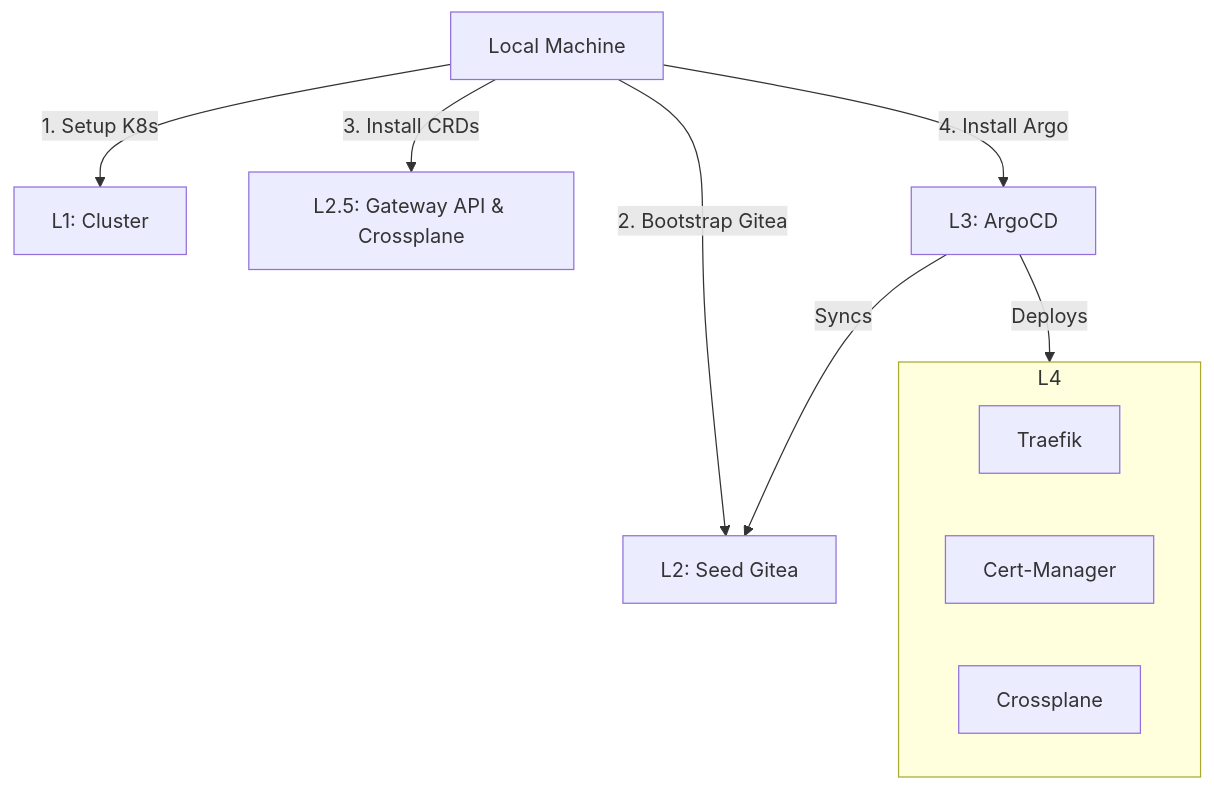
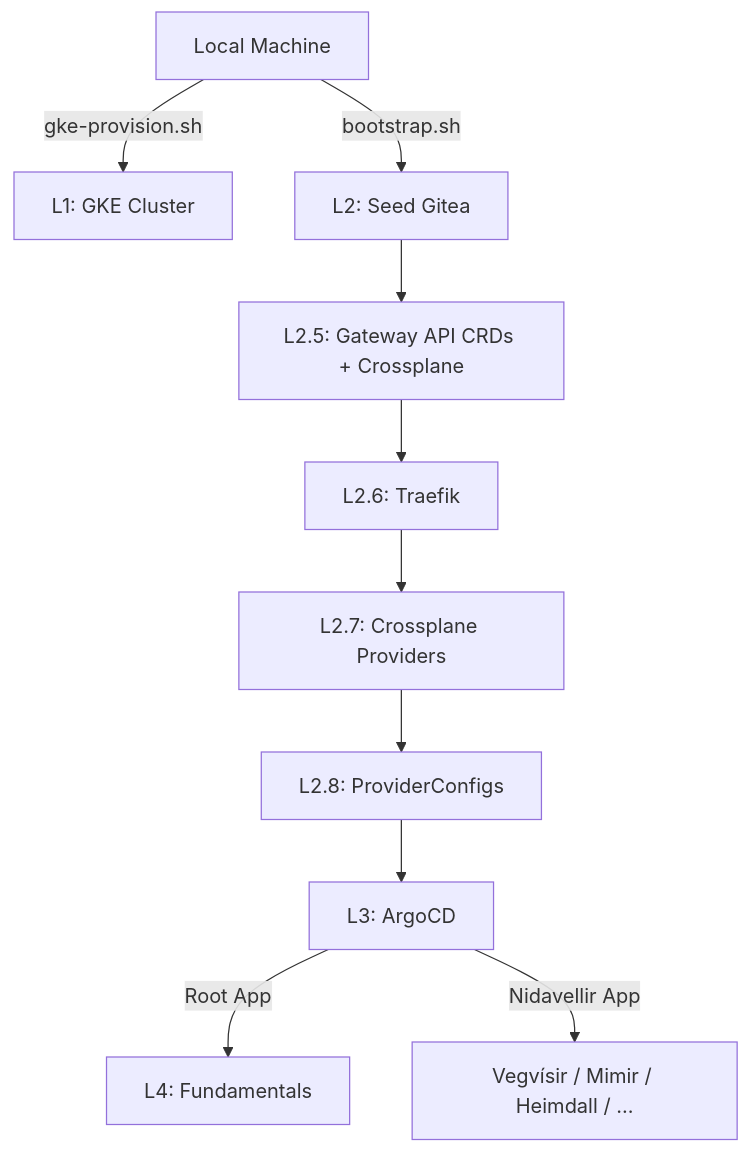
One commit to SiliconSaga/nordri changed the first of 2 diagrams in docs/bootstrap.md. Above: the diagram before and after it, drawn with Mermaid. The commit also changed other lines of this file and 1 other file, not shown here.

````diff
--- a/docs/bootstrap.md
+++ b/docs/bootstrap.md
@@ -55,17 +96,12 @@
 ```mermaid
 graph TD
-    Local[Local Machine] -->|1. Setup K8s| L1[L1: Cluster]
-    Local -->|2. Bootstrap Gitea| L2[L2: Seed Gitea]
-    Local -->|3. Install CRDs| L2.5[L2.5: Gateway API & Crossplane]
-    Local -->|4. Install Argo| L3[L3: ArgoCD]
-    
-    L3 -->|Syncs| L2
-    
-    L3 -->|Deploys| L4[L4: Fundamentals]
-    
-    subgraph L4
-        Traefik
-        CertMgr[Cert-Manager]
-        Crossplane
-    end
+    Local[Local Machine] -->|gke-provision.sh| L1[L1: GKE Cluster]
+    Local -->|bootstrap.sh| L2[L2: Seed Gitea]
+    L2 --> L25[L2.5: Gateway API CRDs + Crossplane]
+    L25 --> L26[L2.6: Traefik]
+    L26 --> L27[L2.7: Crossplane Providers]
+    L27 --> L28[L2.8: ProviderConfigs]
+    L28 --> L3[L3: ArgoCD]
+    L3 -->|Root App| L4[L4: Fundamentals]
+    L3 -->|Nidavellir App| N[Vegvísir / Mimir / Heimdall / ...]
 ```
````
